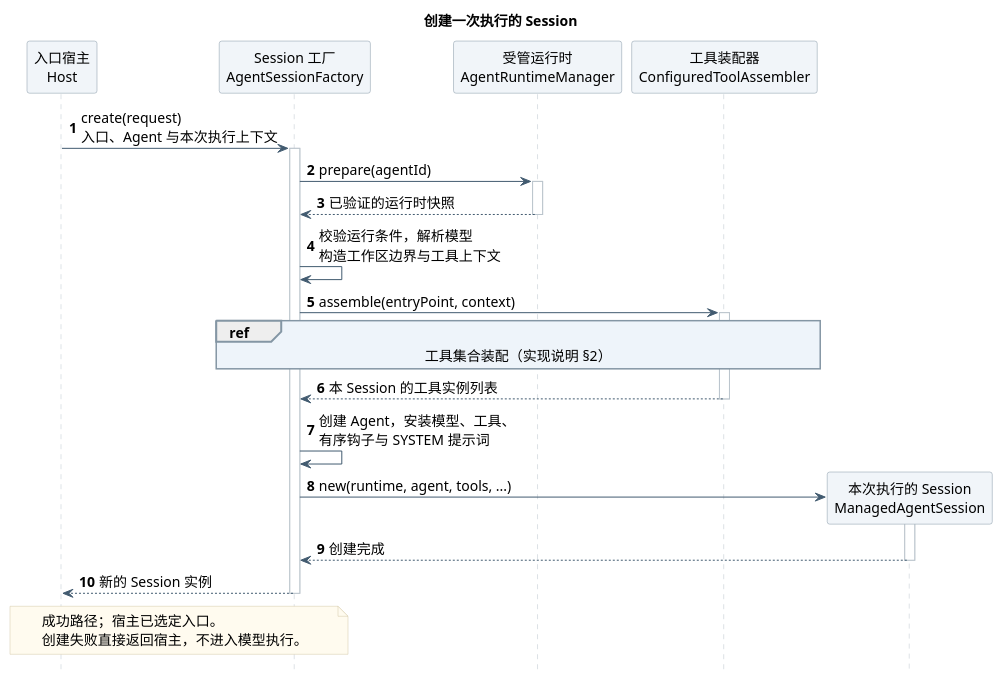
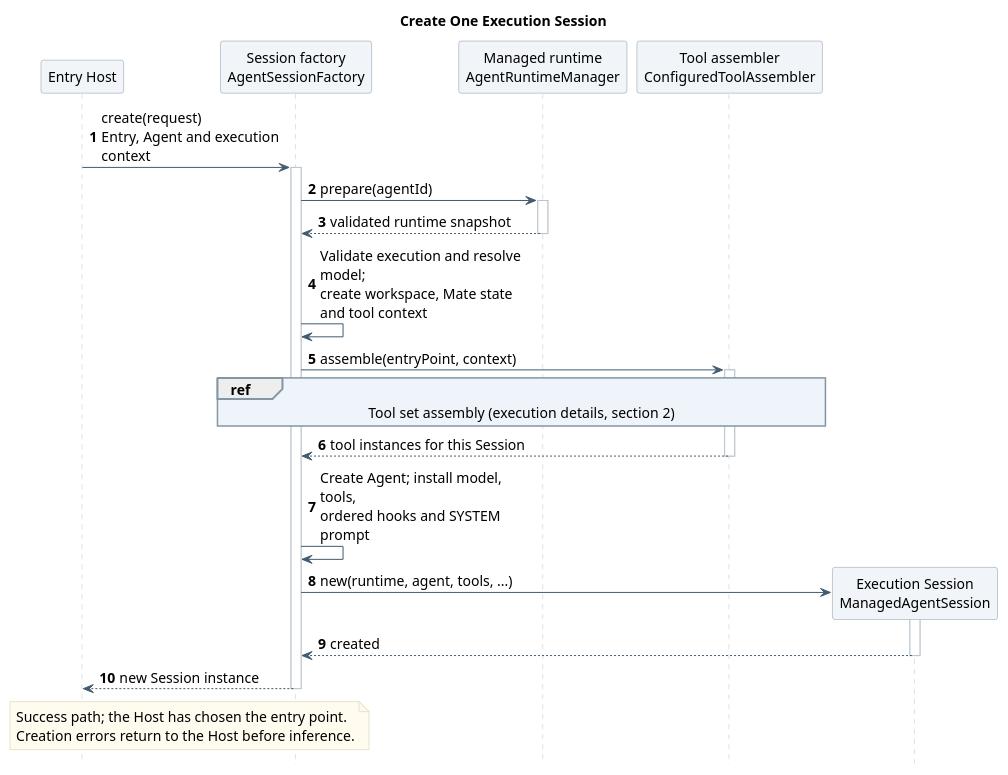
The second of 12 diagrams in 01-总体架构/02-CampusClaw工具系统/diagram.puml (ssm0808/pi-mono-java-design), drawn with PlantUML before and after one commit. The commit also changed other lines of this file and 20 other files, not shown here.

Commit message:
docs(tools): define argument recovery and recoverable tool feedback

```diff
--- a/01-总体架构/02-CampusClaw工具系统/diagram.puml
+++ b/01-总体架构/02-CampusClaw工具系统/diagram.puml
@@ -140,54 +144,51 @@
 @startuml agent_session_assembly
 skinparam backgroundColor white
-skinparam defaultFontName "PingFang SC"
+skinparam defaultFontName SansSerif
 skinparam defaultFontSize 14
 skinparam shadowing false
 skinparam sequenceMessageAlign left
 skinparam maxMessageSize 210
 skinparam sequenceArrowColor #425B70
 skinparam sequenceLifeLineBorderColor #BAC4CC
 skinparam sequenceParticipantBackgroundColor #F1F5F9
 skinparam sequenceParticipantBorderColor #8496A4
 skinparam sequenceGroupBackgroundColor #FAFBFC
 skinparam sequenceGroupBorderColor #BAC4CC
 skinparam sequenceReferenceBackgroundColor #EEF4FA
 skinparam sequenceReferenceBorderColor #8496A4
 skinparam noteBackgroundColor #FFFBEF
 skinparam noteBorderColor #D2C6A5
 hide footbox
 autonumber
-' Source evidence (CampusClaw fb842b1ac6cb4818f6b146f79dd184a5cd88bf12, checked 2026-09-21):
-
+' Source evidence (CampusClaw c9a2340f87bda6dff6bbd352f6995f8551206bb5, checked 2026-09-22):
 ' modules/coding-agent-cli/src/main/java/com/campusclaw/codingagent/session/AgentSessionFactory.java: create, configureAgent, applyPrompt
 ' modules/coding-agent-cli/src/main/java/com/campusclaw/codingagent/runtime/AgentRuntimeManager.java: prepare
-' Observed behavior: the common factory prepares the runtime, configures an Agent, then creates its ManagedAgentSession.
+' Observed behavior: the common factory prepares runtime and per-session Mate state, configures an Agent, then creates its ManagedAgentSession.
 ' Design reason: show the common creation boundary; entry-specific admission and lifecycle are outside this interaction.
-' Pending implementation: new Skill/CallTool entries and direct business adapters, expanded in tool_set_assembly.
-' Chinese labels are explicitly requested for these sequence diagrams on 2026-09-21.
-title 创建一次执行的 Session
+title Create One Execution Session
 
-participant "入口宿主\nHost" as Host
-participant "Session 工厂\nAgentSessionFactory" as Factory
-participant "受管运行时\nAgentRuntimeManager" as Manager
-participant "工具装配器\nConfiguredToolAssembler" as Tools
+participant "Entry Host" as Host
+participant "Session factory\nAgentSessionFactory" as Factory
+participant "Managed runtime\nAgentRuntimeManager" as Manager
+participant "Tool assembler\nConfiguredToolAssembler" as Tools
 
-Host -> Factory ++ : create(request)\n入口、Agent 与本次执行上下文
+Host -> Factory ++ : create(request)\nEntry, Agent and execution context
 Factory -> Manager ++ : prepare(agentId)
-Manager --> Factory -- : 已验证的运行时快照
-Factory -> Factory : 校验运行条件，解析模型\n构造工作区边界与工具上下文
+Manager --> Factory -- : validated runtime snapshot
+Factory -> Factory : Validate execution and resolve model;\ncreate workspace, Mate state and tool context
 Factory -> Tools ++ : assemble(entryPoint, context)
 ref over Factory, Tools
-  工具集合装配（实现说明 §2）
+  Tool set assembly (execution details, section 2)
 end ref
-Tools --> Factory -- : 本 Session 的工具实例列表
-Factory -> Factory : 创建 Agent，安装模型、工具、\n有序钩子与 SYSTEM 提示词
-create participant "本次执行的 Session\nManagedAgentSession" as Session
+Tools --> Factory -- : tool instances for this Session
+Factory -> Factory : Create Agent; install model, tools,\nordered hooks and SYSTEM prompt
+create participant "Execution Session\nManagedAgentSession" as Session
 Factory -> Session ++ : new(runtime, agent, tools, ...)
-Session --> Factory -- : 创建完成
-Factory --> Host -- : 新的 Session 实例
+Session --> Factory -- : created
+Factory --> Host -- : new Session instance
 
 note over Host, Factory
-  成功路径；宿主已选定入口。
-  创建失败直接返回宿主，不进入模型执行。
+  Success path; the Host has chosen the entry point.
+  Creation errors return to the Host before inference.
 end note
 @enduml
```
